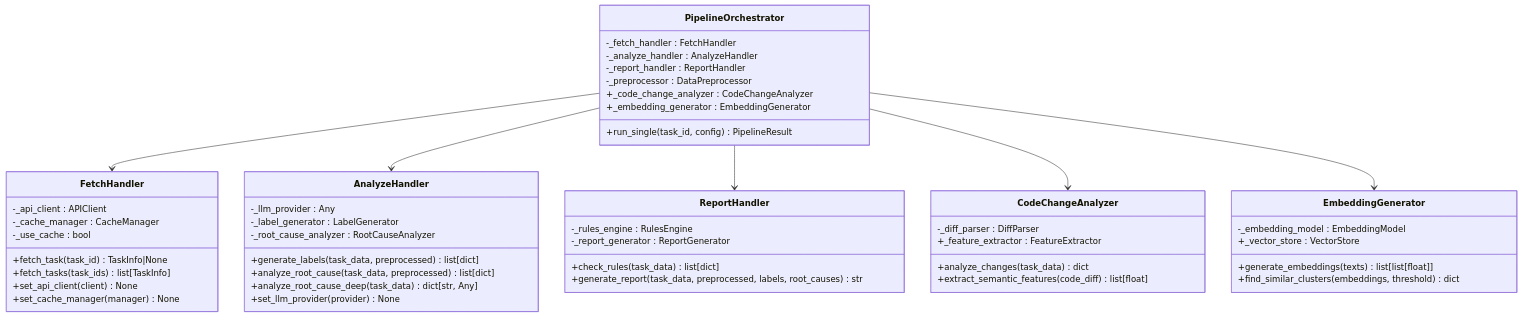
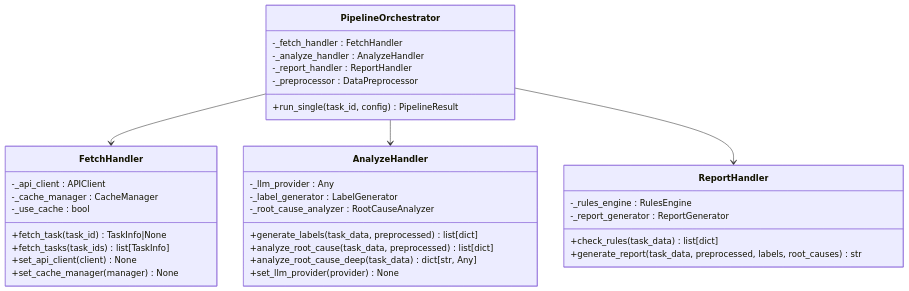
Before and after one commit to boyingliu01/fault-review-analyzer: the third of 6 diagrams in .qoder/repowiki/zh/content/核心架构/核心组件/分析流水线编排器.md, drawn with Mermaid. The commit also changed other lines of this file and 125 other files, not shown here.

````diff
--- a/.qoder/repowiki/zh/content/核心架构/核心组件/分析流水线编排器.md
+++ b/.qoder/repowiki/zh/content/核心架构/核心组件/分析流水线编排器.md
@@ -238,53 +207,37 @@
 ```mermaid
 classDiagram
 class PipelineOrchestrator {
 -_fetch_handler : FetchHandler
 -_analyze_handler : AnalyzeHandler
 -_report_handler : ReportHandler
 -_preprocessor : DataPreprocessor
-+_code_change_analyzer : CodeChangeAnalyzer
-+_embedding_generator : EmbeddingGenerator
 +run_single(task_id, config) PipelineResult
 }
 class FetchHandler {
 -_api_client : APIClient
 -_cache_manager : CacheManager
 -_use_cache : bool
 +fetch_task(task_id) TaskInfo|None
 +fetch_tasks(task_ids) list[TaskInfo]
 +set_api_client(client) None
 +set_cache_manager(manager) None
 }
 class AnalyzeHandler {
 -_llm_provider : Any
 -_label_generator : LabelGenerator
 -_root_cause_analyzer : RootCauseAnalyzer
 +generate_labels(task_data, preprocessed) list[dict]
 +analyze_root_cause(task_data, preprocessed) list[dict]
 +analyze_root_cause_deep(task_data) dict[str, Any]
 +set_llm_provider(provider) None
 }
 class ReportHandler {
 -_rules_engine : RulesEngine
 -_report_generator : ReportGenerator
 +check_rules(task_data) list[dict]
 +generate_report(task_data, preprocessed, labels, root_causes) str
 }
-class CodeChangeAnalyzer {
--_diff_parser : DiffParser
-+_feature_extractor : FeatureExtractor
-+analyze_changes(task_data) dict
-+extract_semantic_features(code_diff) list[float]
-}
-class EmbeddingGenerator {
--_embedding_model : EmbeddingModel
-+_vector_store : VectorStore
-+generate_embeddings(texts) list[list[float]]
-+find_similar_clusters(embeddings, threshold) dict
-}
 PipelineOrchestrator --> FetchHandler
 PipelineOrchestrator --> AnalyzeHandler
 PipelineOrchestrator --> ReportHandler
-PipelineOrchestrator --> CodeChangeAnalyzer
-PipelineOrchestrator --> EmbeddingGenerator
 ```
````
